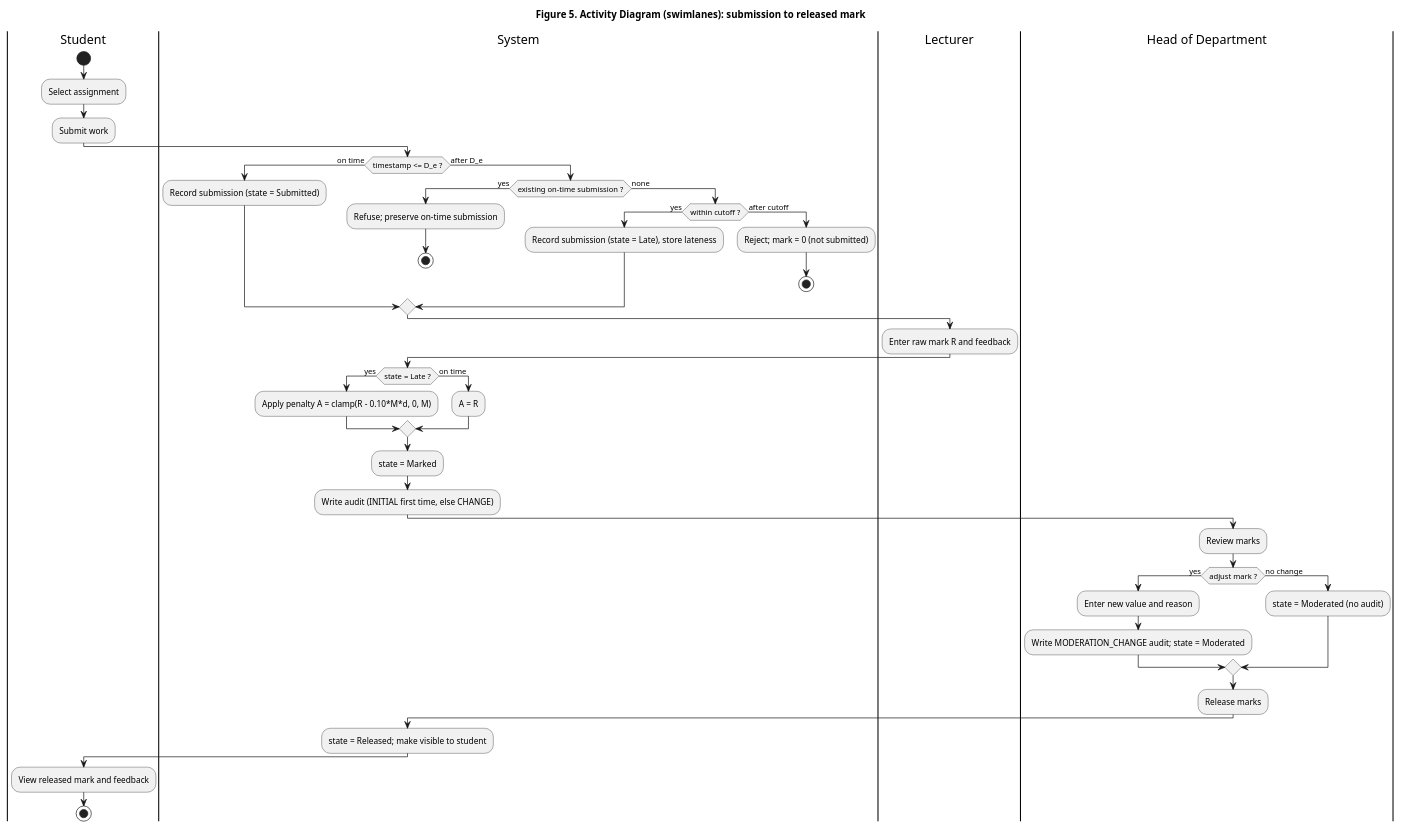
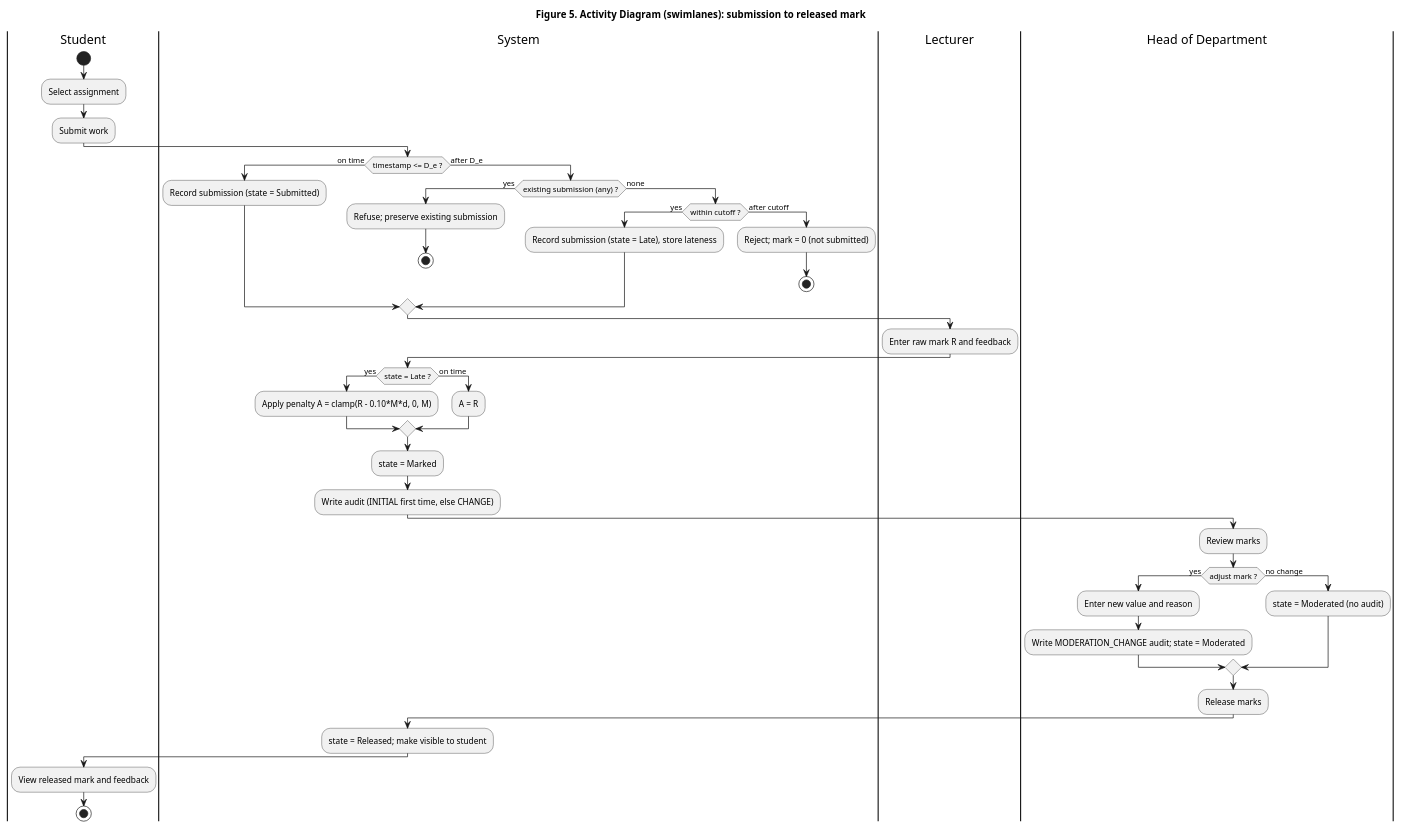
One commit to mwelipama/cs4433-moderated-lms changed the diagram in assets/diagrams/activity_swimlanes.puml. Above: the diagram before and after it, drawn with PlantUML. The commit also changed 20 other files, not shown here.

Commit message:
Gate 2 corrections: single release state, first-late-only rule, DB audit-reason enforcement, partial release plus atomic transactions, SQLite schema validation

```diff
--- a/assets/diagrams/activity_swimlanes.puml
+++ b/assets/diagrams/activity_swimlanes.puml
@@ -1,47 +1,47 @@
 @startuml
 title Figure 5. Activity Diagram (swimlanes): submission to released mark
 |Student|
 start
 :Select assignment;
 :Submit work;
 |System|
 if (timestamp <= D_e ?) then (on time)
   :Record submission (state = Submitted);
 else (after D_e)
-  if (existing on-time submission ?) then (yes)
-    :Refuse; preserve on-time submission;
+  if (existing submission (any) ?) then (yes)
+    :Refuse; preserve existing submission;
     stop
   else (none)
     if (within cutoff ?) then (yes)
       :Record submission (state = Late), store lateness;
     else (after cutoff)
       :Reject; mark = 0 (not submitted);
       stop
     endif
   endif
 endif
 |Lecturer|
 :Enter raw mark R and feedback;
 |System|
 if (state = Late ?) then (yes)
   :Apply penalty A = clamp(R - 0.10*M*d, 0, M);
 else (on time)
   :A = R;
 endif
 :state = Marked;
 :Write audit (INITIAL first time, else CHANGE);
 |Head of Department|
 :Review marks;
 if (adjust mark ?) then (yes)
   :Enter new value and reason;
   :Write MODERATION_CHANGE audit; state = Moderated;
 else (no change)
   :state = Moderated (no audit);
 endif
 :Release marks;
 |System|
 :state = Released; make visible to student;
 |Student|
 :View released mark and feedback;
 stop
 @enduml
```
